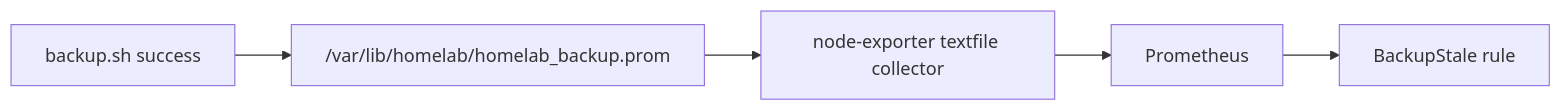
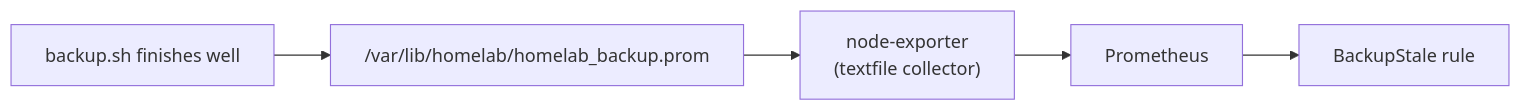
Before and after one commit to rupeshofficedata/homelab: the diagram in platform/monitoring/README.md, drawn with Mermaid. The commit also changed other lines of this file and 47 other files, not shown here.

````diff
--- a/platform/monitoring/README.md
+++ b/platform/monitoring/README.md
@@ -13,5 +16,5 @@
 ```mermaid
 flowchart LR
-  b["backup.sh success"] --> f["/var/lib/homelab/homelab_backup.prom"]
-  f --> ne["node-exporter textfile collector"] --> p[Prometheus] --> r["BackupStale rule"]
+  b["backup.sh finishes well"] --> f["/var/lib/homelab/homelab_backup.prom"]
+  f --> ne["node-exporter<br/>(textfile collector)"] --> p["Prometheus"] --> r["BackupStale rule"]
 ```
````
